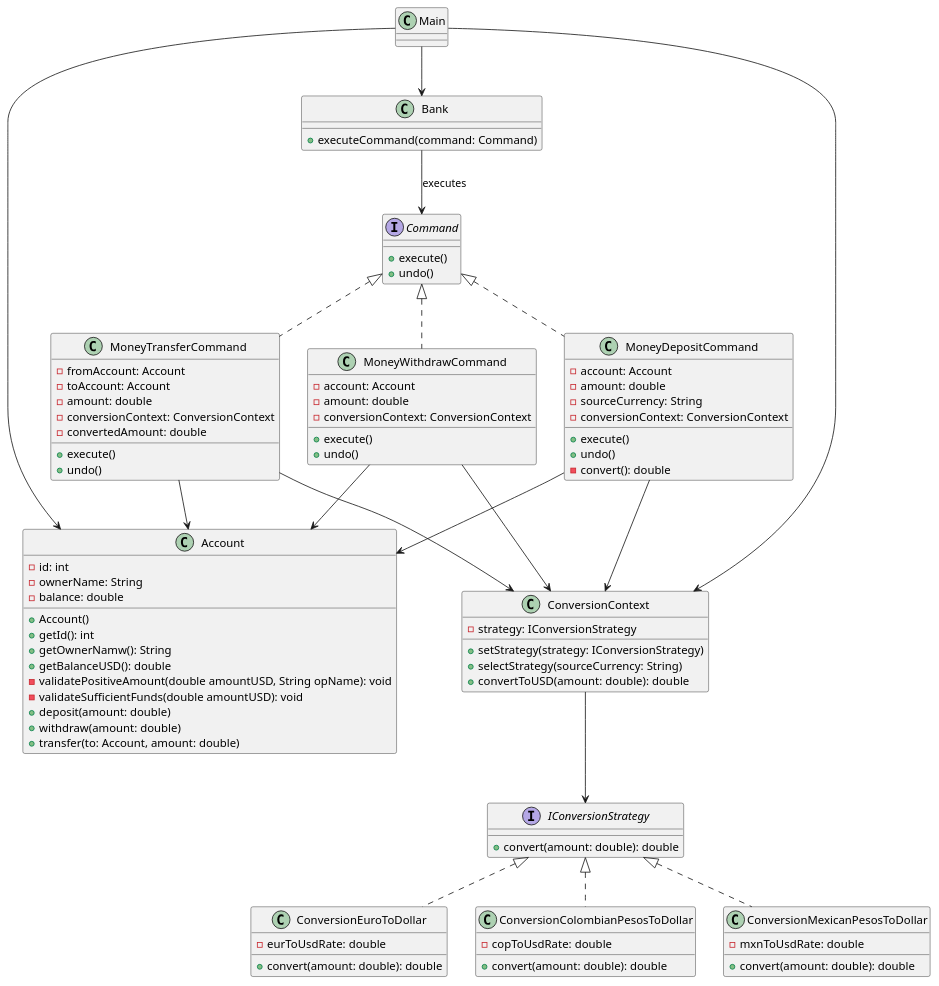
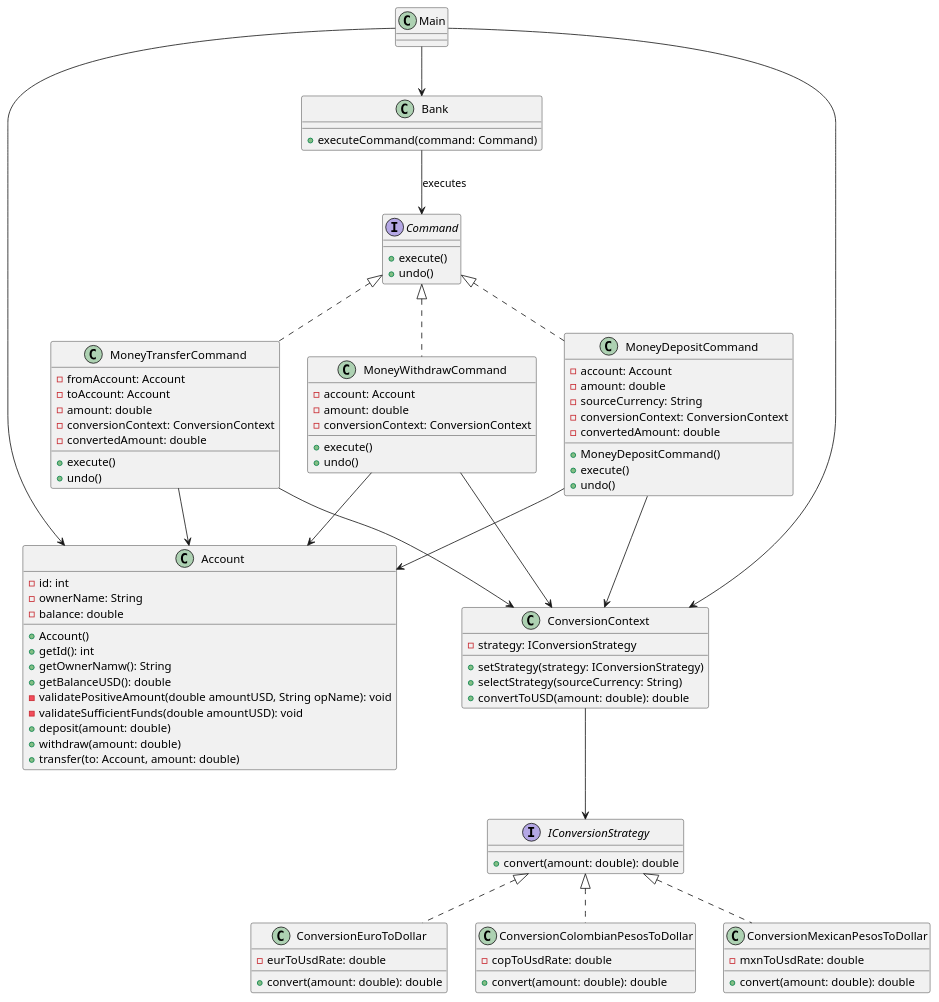
The diagram in DiagramaClases.wsd (Jhon-Cortez/Strategy-Command), drawn with PlantUML before and after one commit.

Commit message:
Atributos y metodos en MoneyDepositCommand

```diff
--- a/DiagramaClases.wsd
+++ b/DiagramaClases.wsd
@@ -1,116 +1,118 @@
 @startuml
 
 ' ===== INTERFACES =====
 interface Command {
     +execute()
     +undo()
 }
 
 interface IConversionStrategy {
     +convert(amount: double): double
 }
 
 ' ===== CORE =====
 class Account {
     -id: int
     -ownerName: String 
     -balance: double
     +Account()
     +getId(): int
     +getOwnerNamw(): String
     +getBalanceUSD(): double
     -validatePositiveAmount(double amountUSD, String opName): void
     -validateSufficientFunds(double amountUSD): void
     +deposit(amount: double)
     +withdraw(amount: double)
     +transfer(to: Account, amount: double)
 }
 
 class Bank {
     +executeCommand(command: Command)
 }
 
 class Main
 
 ' ===== COMMANDS =====
 class MoneyDepositCommand {
     -account: Account
     -amount: double
     -sourceCurrency: String
     -conversionContext: ConversionContext
+    -convertedAmount: double
+    +MoneyDepositCommand()
     +execute()
     +undo()
-    -convert(): double
+    ' -convert(): double
 }
 
 class MoneyWithdrawCommand {
     -account: Account
     -amount: double
     -conversionContext: ConversionContext
     +execute()
     +undo()
 }
 
 class MoneyTransferCommand {
     -fromAccount: Account
     -toAccount: Account
     -amount: double
     -conversionContext: ConversionContext
     -convertedAmount: double
     +execute()
     +undo()
 }
 
 ' ===== STRATEGY CONTEXT =====
 class ConversionContext {
     -strategy: IConversionStrategy
     +setStrategy(strategy: IConversionStrategy)
     +selectStrategy(sourceCurrency: String)
     +convertToUSD(amount: double): double
 }
 
 ' ===== STRATEGIES =====
 class ConversionEuroToDollar {
     -eurToUsdRate: double
     +convert(amount: double): double
 }
 
 class ConversionColombianPesosToDollar {
     -copToUsdRate: double
     +convert(amount: double): double
 }
 
 class ConversionMexicanPesosToDollar {
     -mxnToUsdRate: double
     +convert(amount: double): double
 }
 
 ' ===== RELATIONSHIPS =====
 
 ' Command pattern
 Command <|.. MoneyDepositCommand
 Command <|.. MoneyWithdrawCommand
 Command <|.. MoneyTransferCommand
 Bank --> Command : executes
 
 ' Account usage
 MoneyDepositCommand --> Account
 MoneyWithdrawCommand --> Account
 MoneyTransferCommand --> Account
 
 ' Strategy pattern
 IConversionStrategy <|.. ConversionEuroToDollar
 IConversionStrategy <|.. ConversionColombianPesosToDollar
 IConversionStrategy <|.. ConversionMexicanPesosToDollar
 
 ConversionContext --> IConversionStrategy
 MoneyDepositCommand --> ConversionContext
 MoneyWithdrawCommand --> ConversionContext
 MoneyTransferCommand --> ConversionContext
 
 ' Main usage
 Main --> Bank
 Main --> Account
 Main --> ConversionContext
 
 @enduml
```
